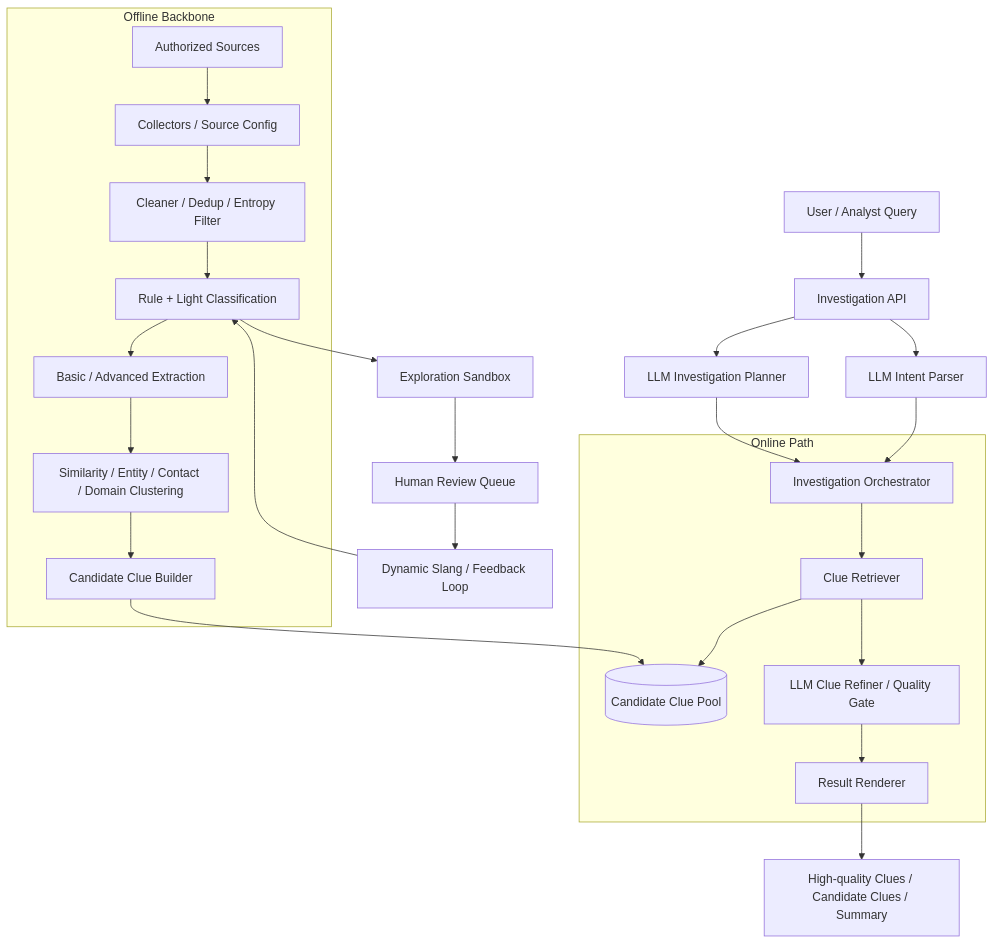
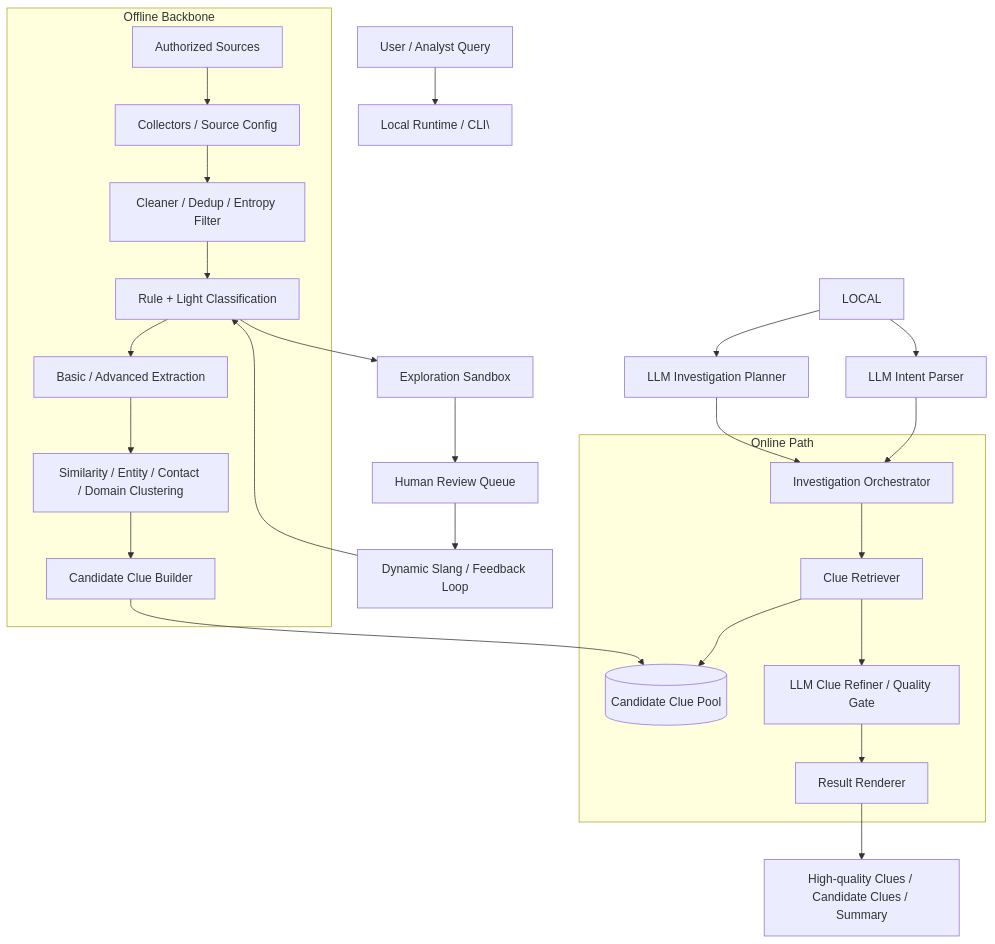
One commit to scyForever/BlackAgent changed the first of 3 diagrams in docs/architecture_scaling_plan.md. Above: the diagram before and after it, drawn with Mermaid. The commit also changed other lines of this file and 30 other files, not shown here.

````diff
--- a/docs/architecture_scaling_plan.md
+++ b/docs/architecture_scaling_plan.md
@@ -18,32 +18,32 @@
 ```mermaid
 flowchart TD
-    U[User / Analyst Query] --> API[Investigation API]
-    API --> IP[LLM Intent Parser]
-    API --> PL[LLM Investigation Planner]
+    U[User / Analyst Query] --> LOCAL\[Local Runtime / CLI\]
+    LOCAL --> IP[LLM Intent Parser]
+    LOCAL --> PL[LLM Investigation Planner]
     IP --> ORCH[Investigation Orchestrator]
     PL --> ORCH
 
     subgraph Online Path
       ORCH --> RETR[Clue Retriever]
       RETR --> CLUEPOOL[(Candidate Clue Pool)]
       RETR --> REFINE[LLM Clue Refiner / Quality Gate]
       REFINE --> REPORT[Result Renderer]
     end
 
     subgraph Offline Backbone
       SRC[Authorized Sources] --> COL[Collectors / Source Config]
       COL --> CLEAN[Cleaner / Dedup / Entropy Filter]
       CLEAN --> FASTCLS[Rule + Light Classification]
       FASTCLS --> FASTEXT[Basic / Advanced Extraction]
       FASTEXT --> CLUSTER[Similarity / Entity / Contact / Domain Clustering]
       CLUSTER --> CLUEBUILD[Candidate Clue Builder]
       CLUEBUILD --> CLUEPOOL
     end
 
     FASTCLS --> SANDBOX[Exploration Sandbox]
     SANDBOX --> REVIEW[Human Review Queue]
     REVIEW --> WORDLIST[Dynamic Slang / Feedback Loop]
     WORDLIST --> FASTCLS
 
     REPORT --> OUT[High-quality Clues / Candidate Clues / Summary]
 ```
````
